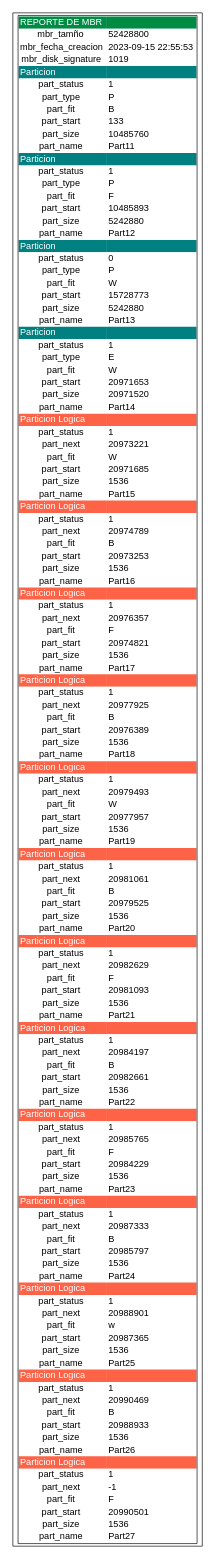
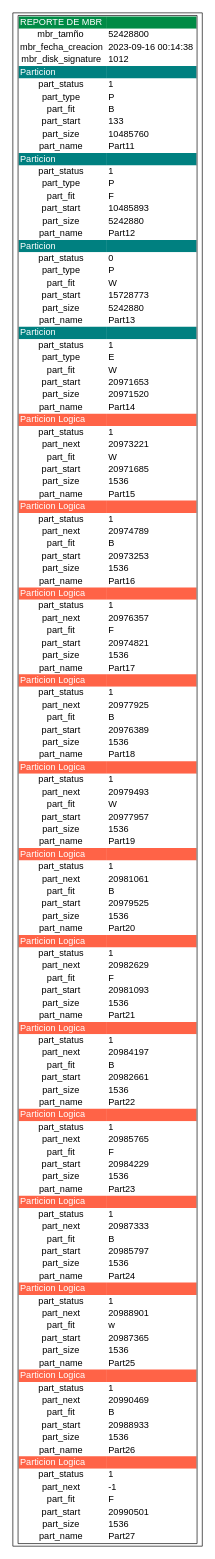
The diagram in reportes/reporte_mbr.dot (luis-tavico/MIA_2SP1_202000562), drawn with Graphviz before and after one commit. The commit also changed 3 other files, not shown here.

```diff
--- a/reportes/reporte_mbr.dot
+++ b/reportes/reporte_mbr.dot
@@ -12,11 +12,11 @@
         </tr>
         <tr>
             <td bgcolor="white" align="center"> mbr_fecha_creacion </td>
-            <td bgcolor="white" align="left"> 2023-09-15 22:55:53 </td>
+            <td bgcolor="white" align="left"> 2023-09-16 00:14:38 </td>
         </tr>
         <tr>
             <td bgcolor="white" align="center"> mbr_disk_signature </td>
-            <td bgcolor="white" align="left"> 1019 </td>
+            <td bgcolor="white" align="left"> 1012 </td>
         </tr>
         <tr>
             <td bgcolor="teal" align="left"><font color="white"> Particion </font></td>
```
